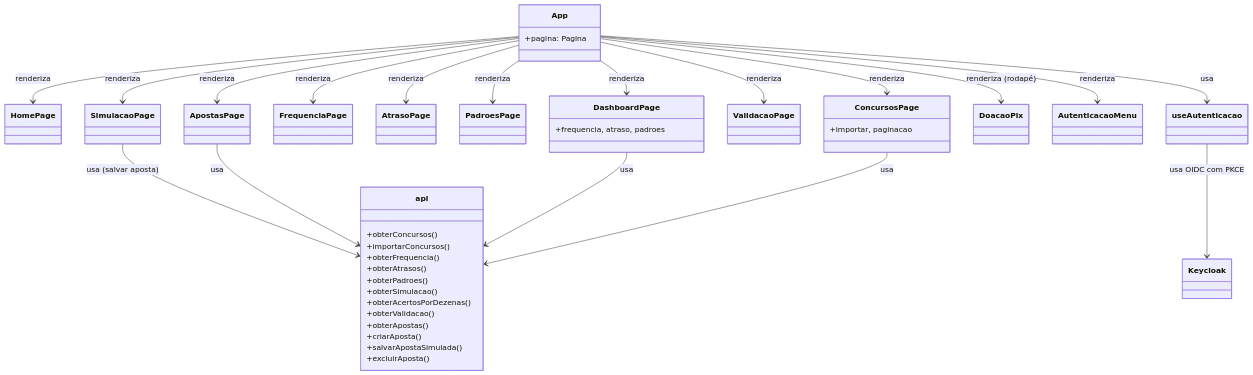
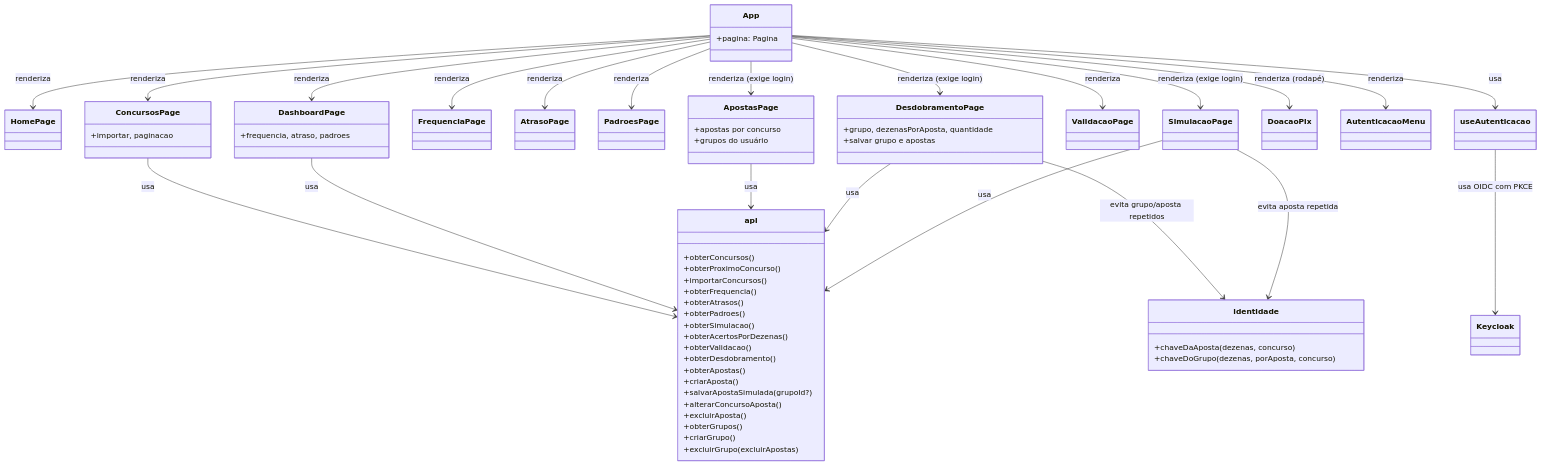
Before and after one commit to Marcelo-Davila/AnaliseJogosCaixa-Vitrine: the third of 4 diagrams in Docs/UML.md, drawn with Mermaid. The commit also changed other lines of this file and 4 other files, not shown here.

````diff
--- a/Docs/UML.md
+++ b/Docs/UML.md
@@ -111,54 +187,75 @@
 ```mermaid
 classDiagram
     class App {
         +pagina: Pagina
     }
     class HomePage
     class DashboardPage {
         +frequencia, atraso, padroes
     }
     class ConcursosPage {
         +importar, paginacao
     }
     class FrequenciaPage
     class AtrasoPage
     class PadroesPage
     class SimulacaoPage
+    class DesdobramentoPage {
+        +grupo, dezenasPorAposta, quantidade
+        +salvar grupo e apostas
+    }
     class ValidacaoPage
-    class ApostasPage
+    class ApostasPage {
+        +apostas por concurso
+        +grupos do usuário
+    }
     class DoacaoPix
     class AutenticacaoMenu
     class useAutenticacao
+    class identidade {
+        +chaveDaAposta(dezenas, concurso)
+        +chaveDoGrupo(dezenas, porAposta, concurso)
+    }
     class Keycloak
     class api {
         +obterConcursos()
+        +obterProximoConcurso()
         +importarConcursos()
         +obterFrequencia()
         +obterAtrasos()
         +obterPadroes()
         +obterSimulacao()
         +obterAcertosPorDezenas()
         +obterValidacao()
+        +obterDesdobramento()
         +obterApostas()
         +criarAposta()
-        +salvarApostaSimulada()
+        +salvarApostaSimulada(grupoId?)
+        +alterarConcursoAposta()
         +excluirAposta()
+        +obterGrupos()
+        +criarGrupo()
+        +excluirGrupo(excluirApostas)
     }
     App --> HomePage : renderiza
     App --> DashboardPage : renderiza
     App --> ConcursosPage : renderiza
     App --> FrequenciaPage : renderiza
     App --> AtrasoPage : renderiza
     App --> PadroesPage : renderiza
-    App --> SimulacaoPage : renderiza
+    App --> SimulacaoPage : renderiza (exige login)
+    App --> DesdobramentoPage : renderiza (exige login)
     App --> ValidacaoPage : renderiza
-    App --> ApostasPage : renderiza
+    App --> ApostasPage : renderiza (exige login)
     App --> DoacaoPix : renderiza (rodapé)
     App --> AutenticacaoMenu : renderiza
     App --> useAutenticacao : usa
-    SimulacaoPage --> api : usa (salvar aposta)
+    SimulacaoPage --> api : usa
+    SimulacaoPage --> identidade : evita aposta repetida
+    DesdobramentoPage --> api : usa
+    DesdobramentoPage --> identidade : evita grupo/aposta repetidos
     ApostasPage --> api : usa
     DashboardPage --> api : usa
     ConcursosPage --> api : usa
     useAutenticacao --> Keycloak : usa OIDC com PKCE
 ```
````
